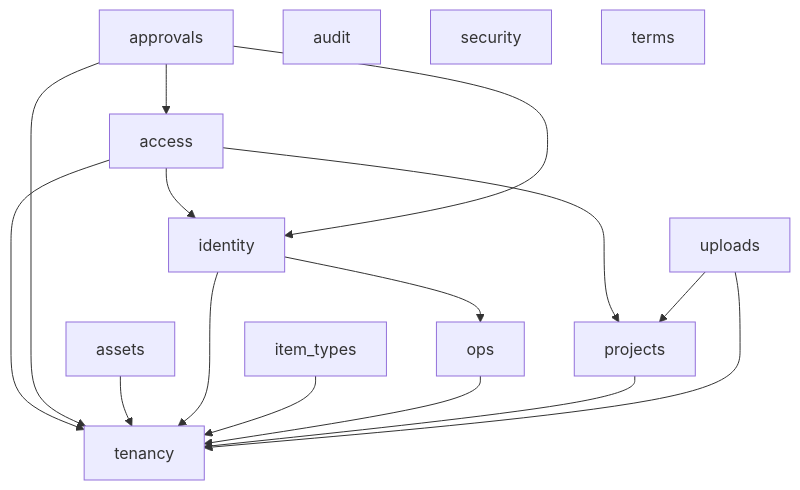
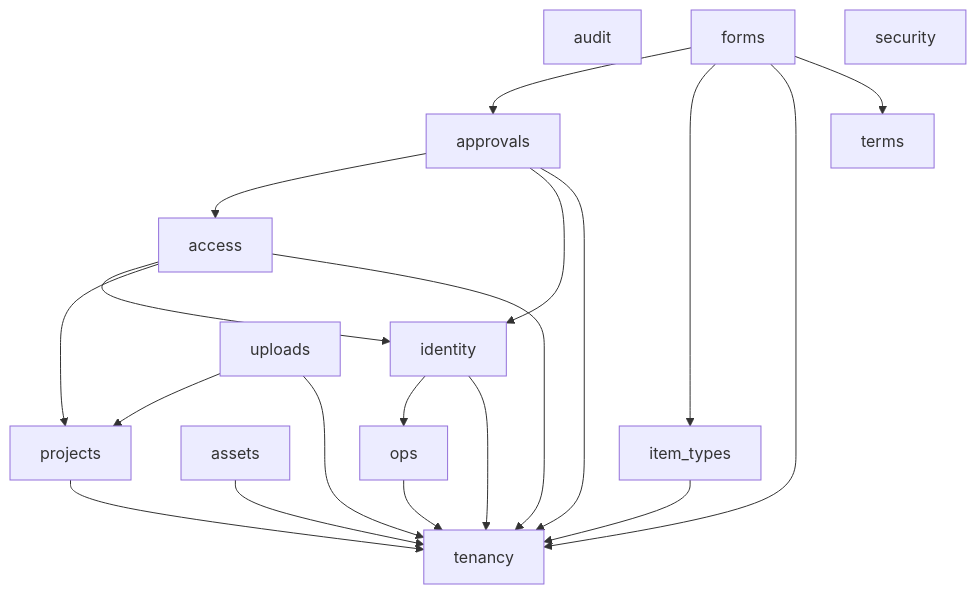
The diagram in docs/architecture/module-map.md (kingdonk-ops/Project-AIP), drawn with Mermaid before and after one commit. The commit also changed other lines of this file and 71 other files, not shown here.

````diff
--- a/docs/architecture/module-map.md
+++ b/docs/architecture/module-map.md
@@ -27,21 +28,25 @@
 ```mermaid
 graph TD
     access --> identity
     access --> projects
     access --> tenancy
     approvals --> access
     approvals --> identity
     approvals --> tenancy
     assets --> tenancy
     audit
+    forms --> approvals
+    forms --> item_types
+    forms --> tenancy
+    forms --> terms
     identity --> ops
     identity --> tenancy
     item_types --> tenancy
     ops --> tenancy
     projects --> tenancy
     security
     tenancy
     terms
     uploads --> projects
     uploads --> tenancy
 ```
````
